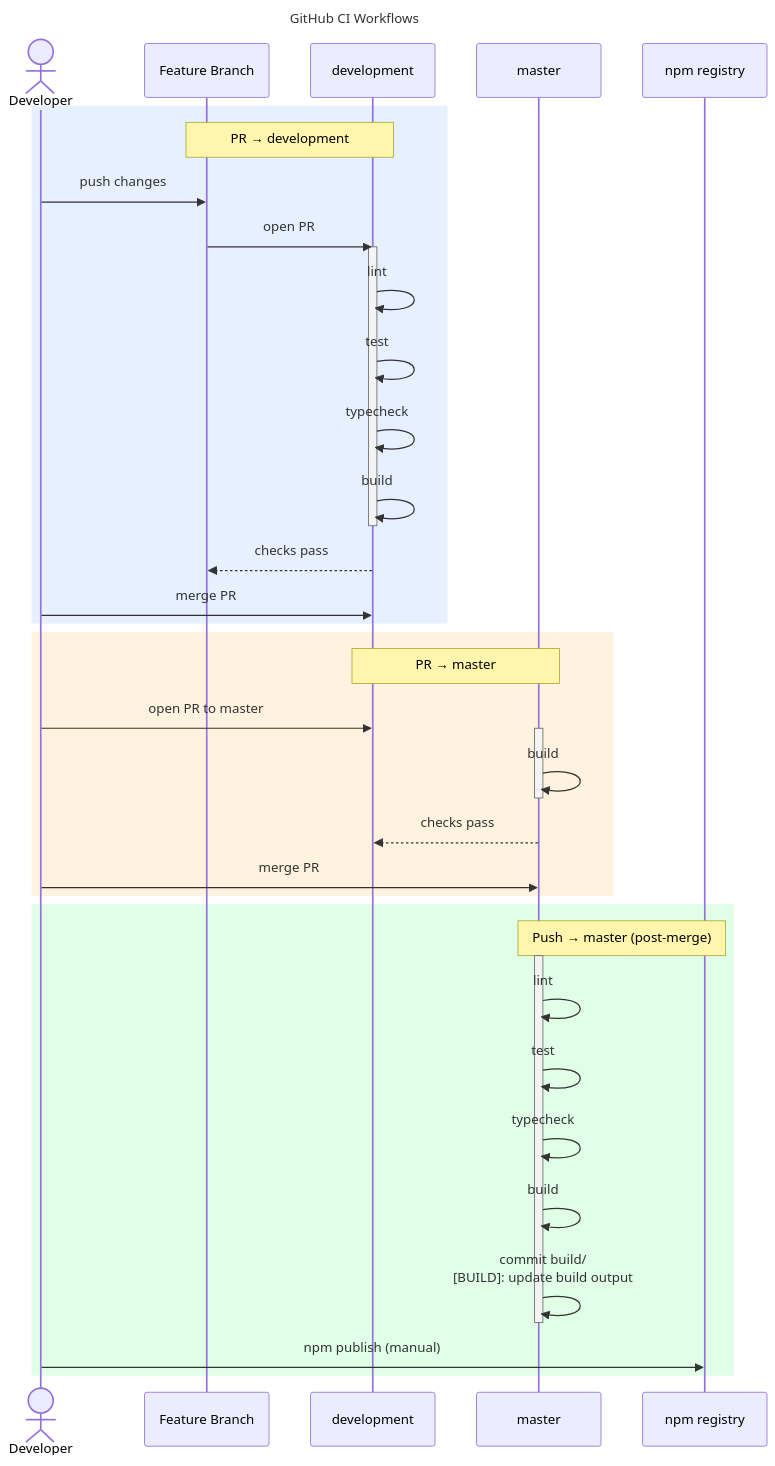
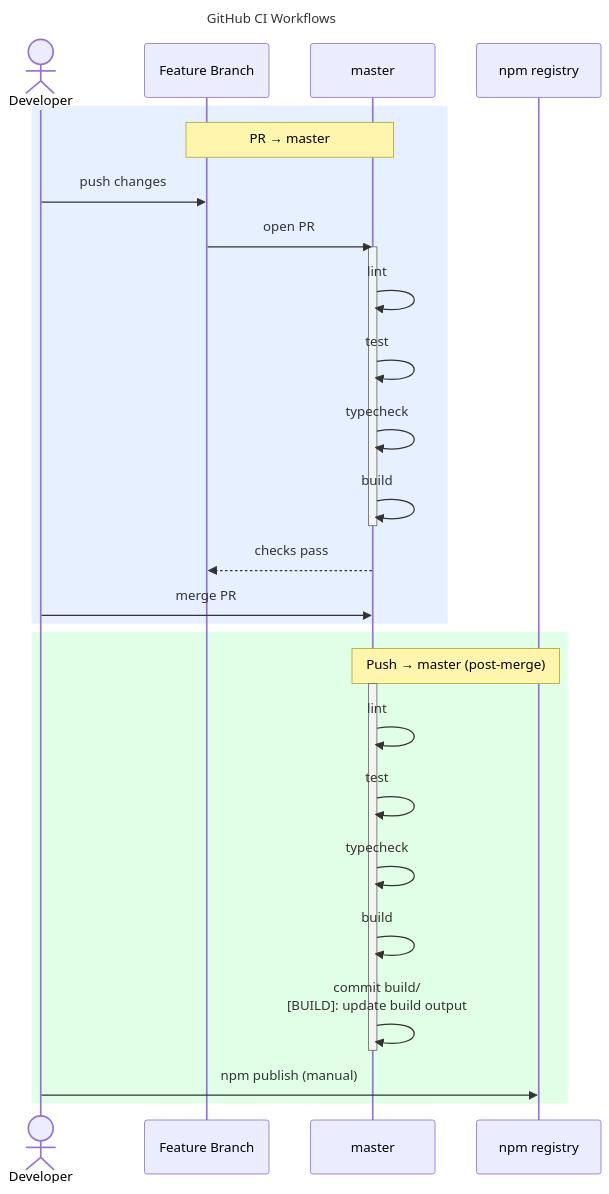
Before and after one commit to erdembircan/plugin-rescope: the diagram in docs/contracts/ci-workflow.mmd, drawn with Mermaid. The commit also changed 1 other file, not shown here.

Commit message:
[DOCS]: update CI workflow and class diagram [skip ci]

```diff
--- a/docs/contracts/ci-workflow.mmd
+++ b/docs/contracts/ci-workflow.mmd
@@ -1,45 +1,34 @@
 ---
 title: GitHub CI Workflows
 ---
 sequenceDiagram
     actor Dev as Developer
     participant FB as Feature Branch
-    participant D as development
     participant M as master
     participant NPM as npm registry
 
     rect rgb(230, 240, 255)
-        Note over FB,D: PR → development
+        Note over FB,M: PR → master
         Dev->>FB: push changes
-        FB->>D: open PR
-        activate D
-        D->>D: lint
-        D->>D: test
-        D->>D: typecheck
-        D->>D: build
-        deactivate D
-        D-->>FB: checks pass
-        Dev->>D: merge PR
-    end
-
-    rect rgb(255, 243, 224)
-        Note over D,M: PR → master
-        Dev->>D: open PR to master
+        FB->>M: open PR
         activate M
+        M->>M: lint
+        M->>M: test
+        M->>M: typecheck
         M->>M: build
         deactivate M
-        M-->>D: checks pass
+        M-->>FB: checks pass
         Dev->>M: merge PR
     end
 
     rect rgb(224, 255, 230)
         Note over M,NPM: Push → master (post-merge)
         activate M
         M->>M: lint
         M->>M: test
         M->>M: typecheck
         M->>M: build
         M->>M: commit build/<br/>[BUILD]: update build output
         deactivate M
         Dev->>NPM: npm publish (manual)
     end
```
